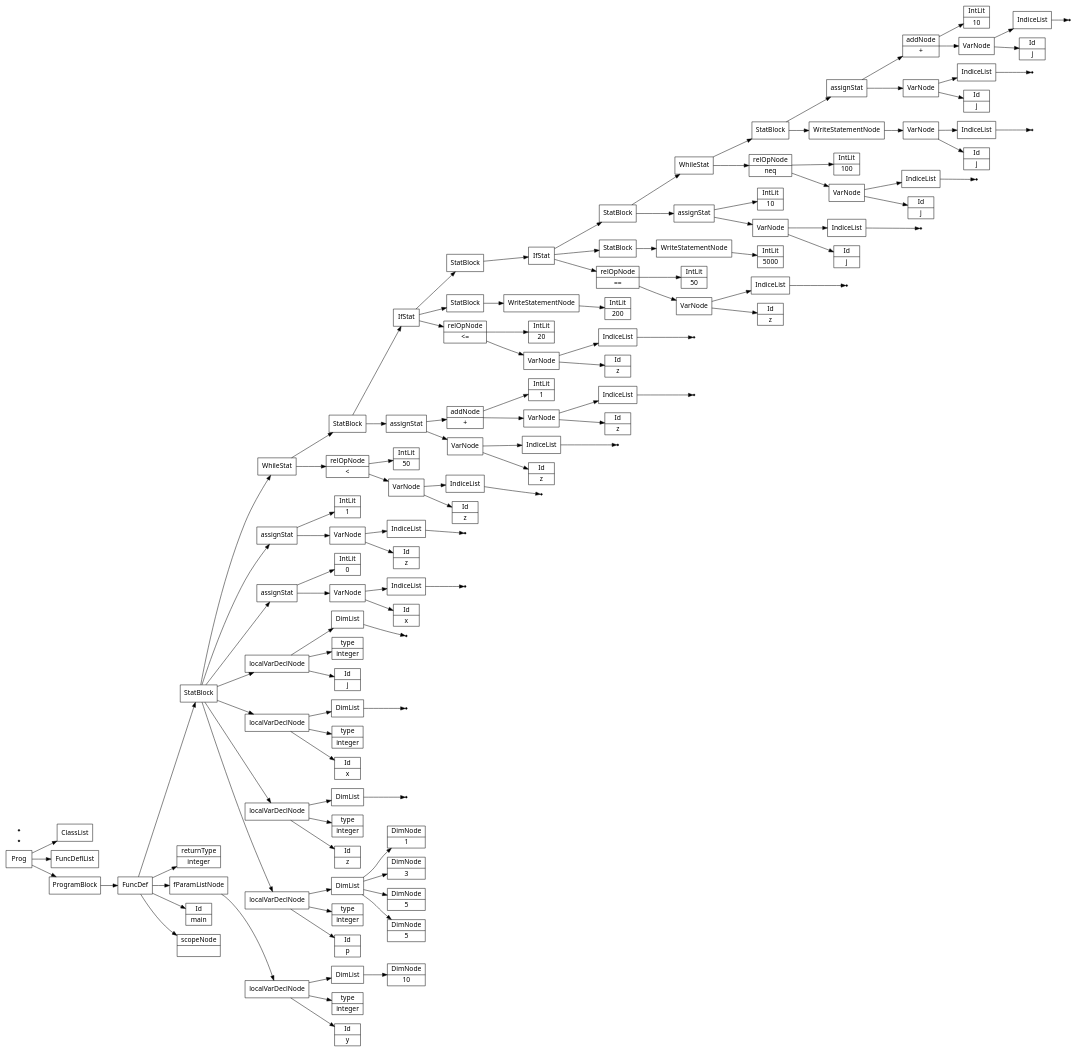
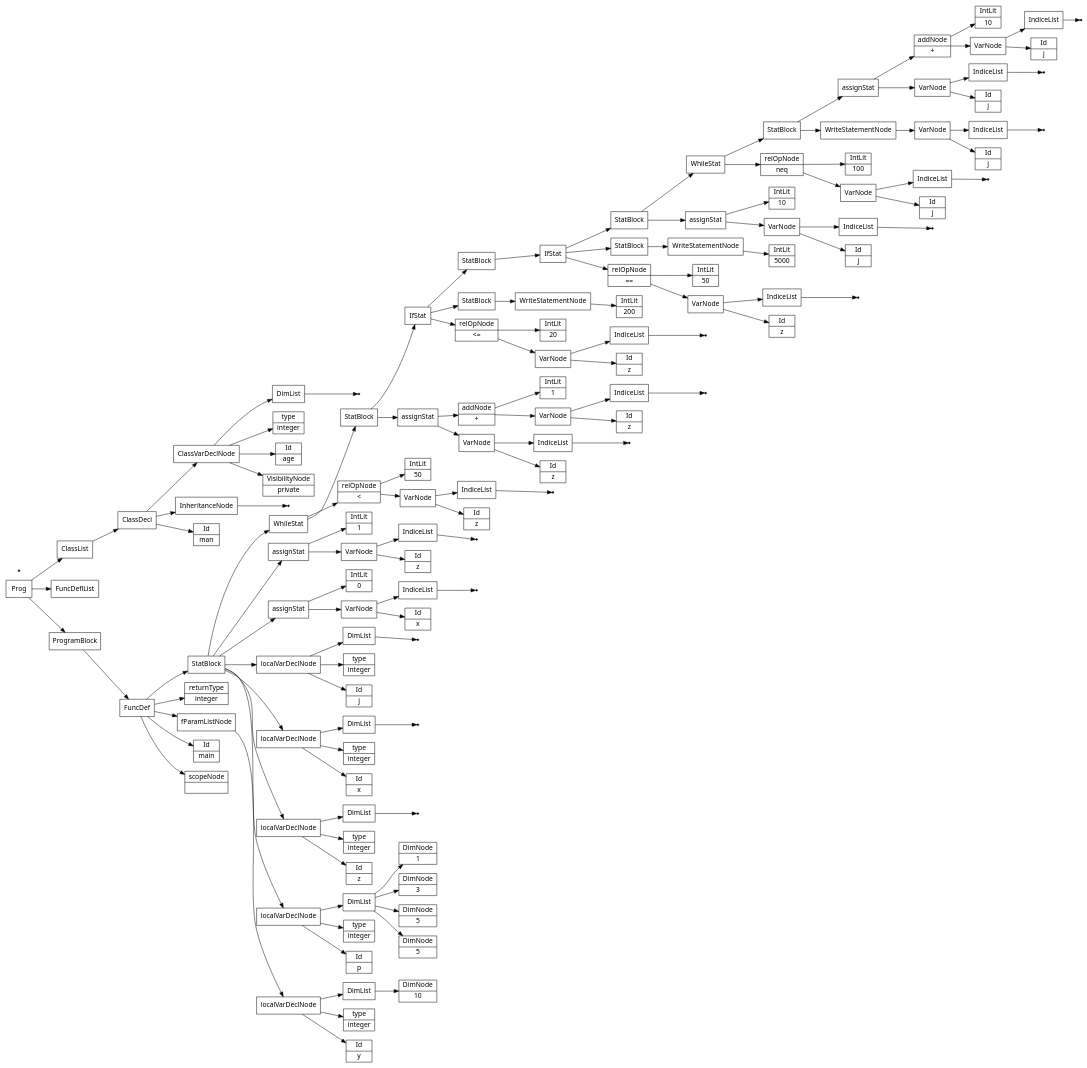
The diagram in files/semantictests/testc.src.ast.dot (Saf1u/Kompiler), drawn with Graphviz before and after one commit. The commit also changed 7 other files, not shown here.

```diff
--- a/files/semantictests/testc.src.ast.dot
+++ b/files/semantictests/testc.src.ast.dot
@@ -234,14 +234,33 @@
 141->9;
 141->0;
 141->1;
-142[label="ClassList"];
-143[label="FuncDeflList"];
-144[label="Prog"];
-145[label="ProgramBlock"];
-145->141;
-none146[shape="point"];
-none147[shape="point"];
-144->142;
-144->143;
-144->145;
+142[label="Id|man"];
+none144[shape="point"];
+145[label="InheritanceNode"];
+145->none144;
+146[label="VisibilityNode|private"];
+147[label="Id|age"];
+148[label="type|integer"];
+none150[shape="point"];
+151[label="DimList"];
+151->none150;
+152[label="ClassVarDeclNode"];
+152->151;
+152->148;
+152->147;
+152->146;
+153[label="ClassDecl"];
+153->152;
+153->145;
+153->142;
+154[label="ClassList"];
+155[label="FuncDeflList"];
+156[label="Prog"];
+157[label="ProgramBlock"];
+154->153;
+157->141;
+none158[shape="point"];
+156->154;
+156->155;
+156->157;
 }
```
